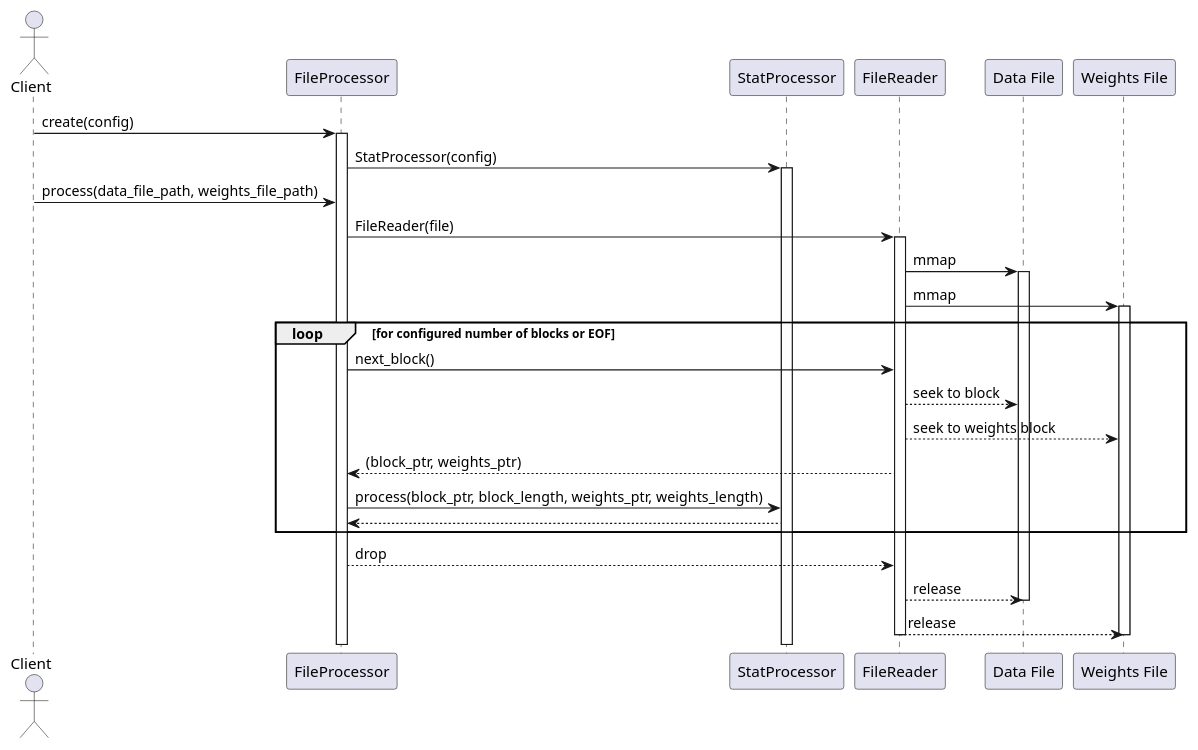
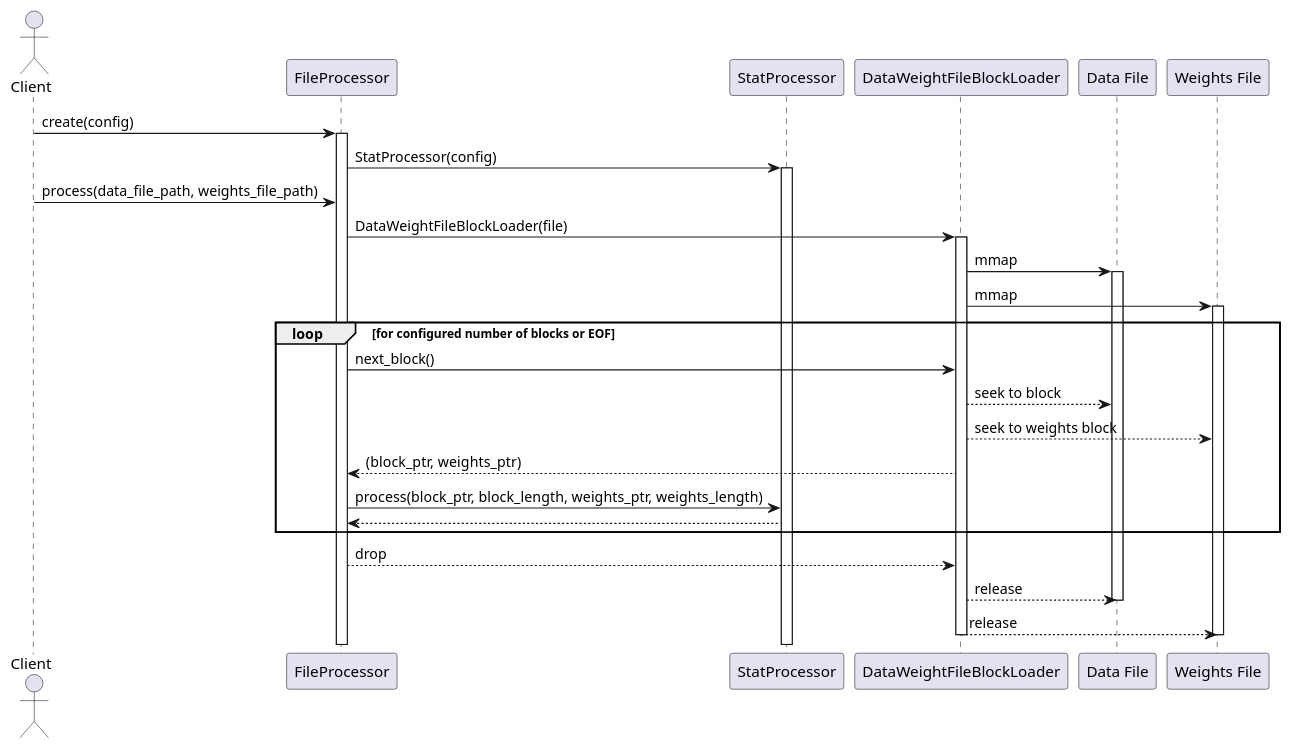
The diagram in docs/src/architecture/file_proc_seq.puml (ska-telescope/ska-pst-stat), drawn with PlantUML before and after one commit. The commit also changed 8 other files, not shown here.

Commit message:
AT3-521 FileReader -> DataWeightsFileBlockLoader; FileProcessor implemented

```diff
--- a/docs/src/architecture/file_proc_seq.puml
+++ b/docs/src/architecture/file_proc_seq.puml
@@ -1,45 +1,45 @@
 @startuml PST STAT DADA file processor
 actor Client
 Client -> FileProcessor: create(config)
 activate FileProcessor
 FileProcessor -> StatProcessor: StatProcessor(config)
 activate StatProcessor
 Client -> FileProcessor: process(data_file_path, weights_file_path)
-FileProcessor -> FileReader: FileReader(file)
-activate FileReader
-FileReader -> "Data File": mmap
+FileProcessor -> DataWeightFileBlockLoader: DataWeightFileBlockLoader(file)
+activate DataWeightFileBlockLoader
+DataWeightFileBlockLoader -> "Data File": mmap
 activate "Data File"
-FileReader -> "Weights File": mmap
+DataWeightFileBlockLoader -> "Weights File": mmap
 activate "Weights File"
 
 loop for configured number of blocks or EOF
-  FileProcessor -> FileReader: next_block()
-  FileReader --> "Data File": seek to block
-  FileReader --> "Weights File": seek to weights block
-  FileProcessor <-- FileReader: (block_ptr, weights_ptr)
+  FileProcessor -> DataWeightFileBlockLoader: next_block()
+  DataWeightFileBlockLoader --> "Data File": seek to block
+  DataWeightFileBlockLoader --> "Weights File": seek to weights block
+  FileProcessor <-- DataWeightFileBlockLoader: (block_ptr, weights_ptr)
   FileProcessor -> StatProcessor: process(block_ptr, block_length, weights_ptr, weights_length)
   FileProcessor <-- StatProcessor
 end
 
-FileProcessor --> FileReader: drop
-FileReader --> "Data File": release
+FileProcessor --> DataWeightFileBlockLoader: drop
+DataWeightFileBlockLoader --> "Data File": release
 deactivate "Data File"
-FileReader --> "Weights File": release
+DataWeightFileBlockLoader --> "Weights File": release
 deactivate "Weights File"
-deactivate FileReader
+deactivate DataWeightFileBlockLoader
 
-' FileProcessor -> FileReader: create
-' activate FileReader
-' FileReader -> File: mmap
+' FileProcessor -> DataWeightFileBlockLoader: create
+' activate DataWeightFileBlockLoader
+' DataWeightFileBlockLoader -> File: mmap
 ' activate File
 ' loop while data present
-'   FileProcessor -> FileReader: read next
-'   FileProcessor <-- FileReader: return next block ptr or null
+'   FileProcessor -> DataWeightFileBlockLoader: read next
+'   FileProcessor <-- DataWeightFileBlockLoader: return next block ptr or null
 '   alt data present
 '     FileProcessor -> StatProcessor: process(block_ptr, block_length)
 '   else no data preset
 '     Client <-- FileProcessor: process complete
 '   end
 ' end
 
 @enduml
```
